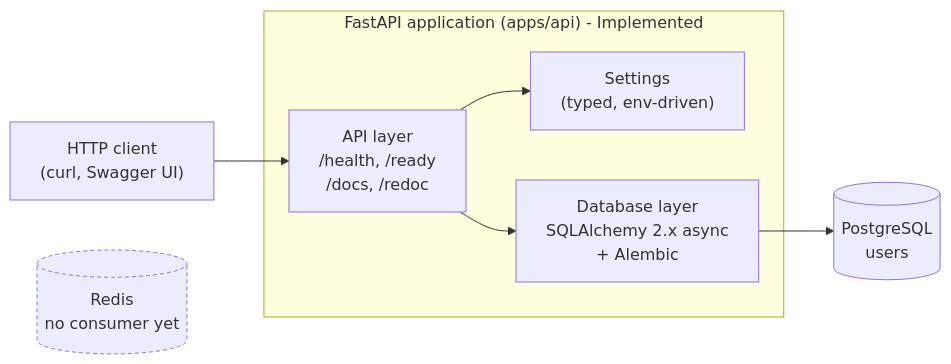
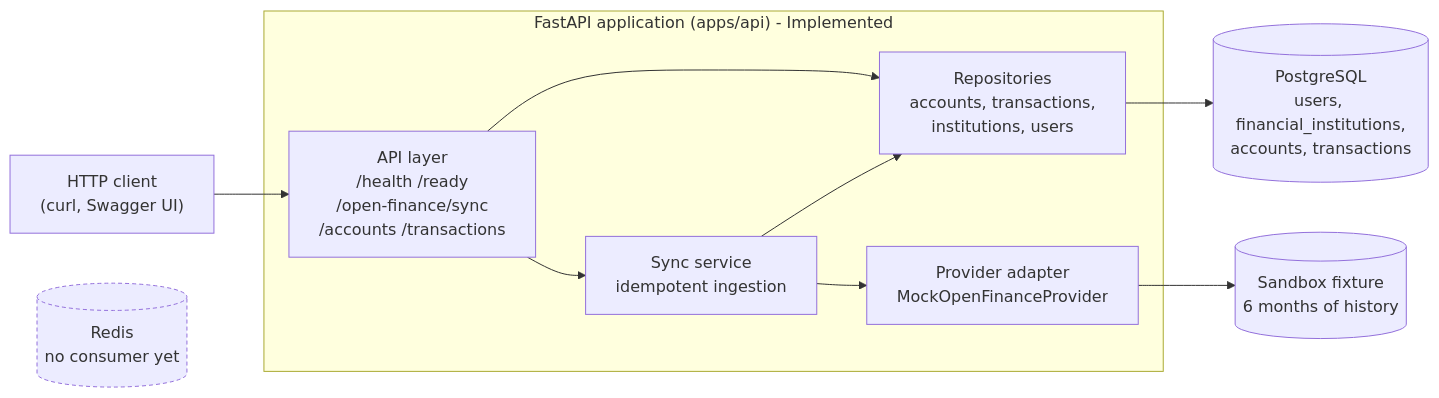
One commit to joaopaulodevv/compass changed the first of 6 diagrams in docs/architecture.md. Above: the diagram before and after it, drawn with Mermaid. The commit also changed other lines of this file and 7 other files, not shown here.

First line of the commit message:
docs: document the financial domain, provider abstraction and money rules

````diff
--- a/docs/architecture.md
+++ b/docs/architecture.md
@@ -19,18 +19,22 @@
 ```mermaid
 flowchart LR
     client["HTTP client\n(curl, Swagger UI)"] --> api
 
     subgraph app["FastAPI application (apps/api) - Implemented"]
-        api["API layer\n/health, /ready\n/docs, /redoc"]
-        config["Settings\n(typed, env-driven)"]
-        db["Database layer\nSQLAlchemy 2.x async\n+ Alembic"]
-        api --> config
-        api --> db
+        api["API layer\n/health /ready\n/open-finance/sync\n/accounts /transactions"]
+        svc["Sync service\nidempotent ingestion"]
+        repo["Repositories\naccounts, transactions,\ninstitutions, users"]
+        prov["Provider adapter\nMockOpenFinanceProvider"]
+        api --> svc
+        api --> repo
+        svc --> repo
+        svc --> prov
     end
 
-    db --> postgres[("PostgreSQL\nusers")]
+    prov --> fixture[("Sandbox fixture\n6 months of history")]
+    repo --> postgres[("PostgreSQL\nusers, financial_institutions,\naccounts, transactions")]
     redis[("Redis\nno consumer yet")]
 
     classDef idle stroke-dasharray: 4 3
     class redis idle
 ```
````
